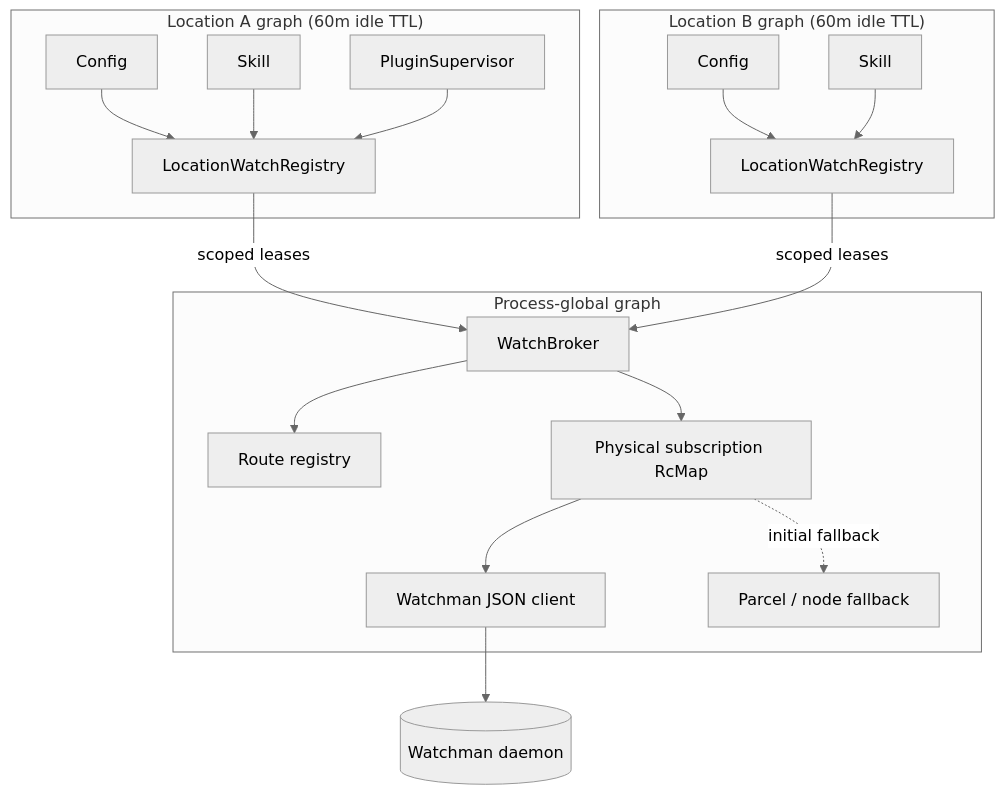
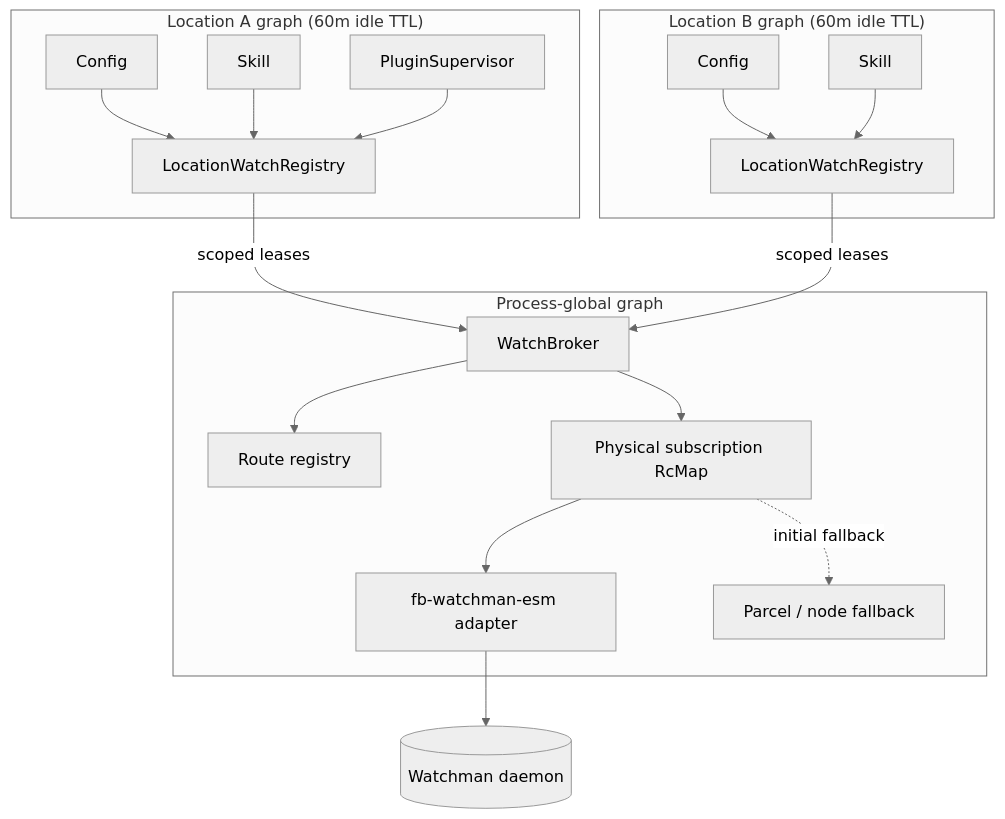
The first of 2 diagrams in .design/watch/draft0.gpt56t.md (rektide/opencode), drawn with Mermaid (neutral theme) before and after one commit. The commit also changed other lines of this file, not shown here.

Commit message:
docs(design): adopt fb-watchman-esm fork as transport

````diff
--- a/.design/watch/draft0.gpt56t.md
+++ b/.design/watch/draft0.gpt56t.md
@@ -148,36 +150,36 @@
 ```mermaid
 flowchart TB
     subgraph locationA["Location A graph (60m idle TTL)"]
       ConfigA[Config]
       SkillA[Skill]
       PluginsA[PluginSupervisor]
       LogicalA[LocationWatchRegistry]
       ConfigA --> LogicalA
       SkillA --> LogicalA
       PluginsA --> LogicalA
     end
 
     subgraph locationB["Location B graph (60m idle TTL)"]
       ConfigB[Config]
       SkillB[Skill]
       LogicalB[LocationWatchRegistry]
       ConfigB --> LogicalB
       SkillB --> LogicalB
     end
 
     subgraph global["Process-global graph"]
       Broker[WatchBroker]
       Routes[Route registry]
       Physical[Physical subscription RcMap]
-      Json[Watchman JSON client]
+      Json[fb-watchman-esm adapter]
       Fallback[Parcel / node fallback]
       Broker --> Routes
       Broker --> Physical
       Physical --> Json
       Physical -. initial fallback .-> Fallback
     end
 
     LogicalA -->|scoped leases| Broker
     LogicalB -->|scoped leases| Broker
     Json --> Daemon[(Watchman daemon)]
 ```
````
